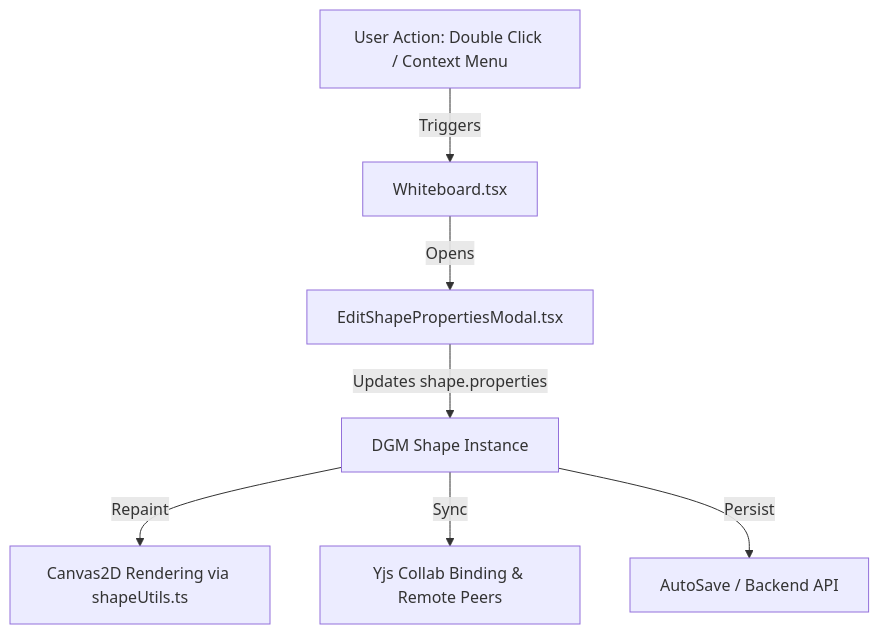
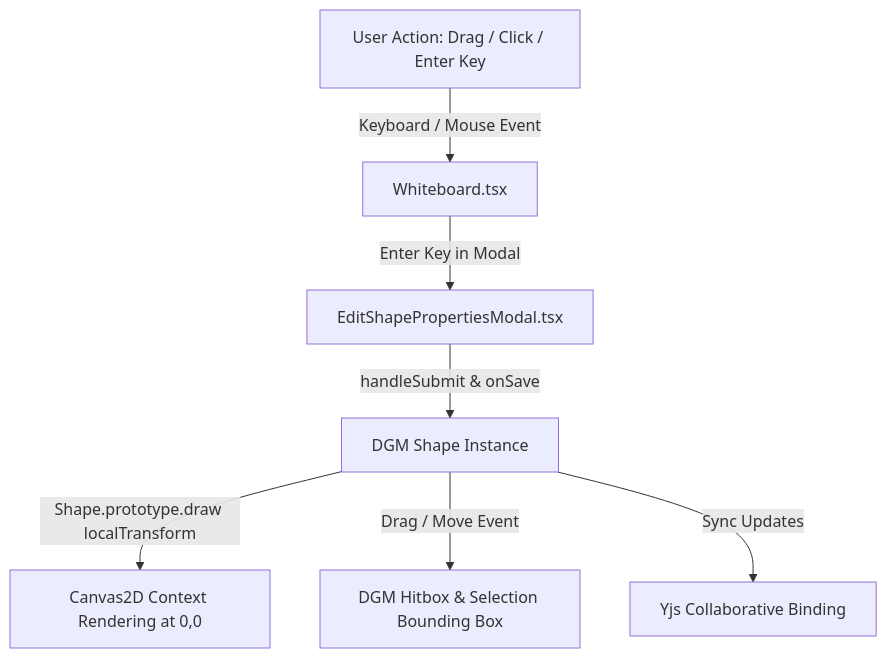
Before and after one commit to florianschiller/floxboard: the diagram in .junie/plans/fix-scripted-shape-interaction-and-editing.md, drawn with Mermaid. The commit also changed other lines of this file and 21 other files, not shown here.

````diff
--- a/.junie/plans/fix-scripted-shape-interaction-and-editing.md
+++ b/.junie/plans/fix-scripted-shape-interaction-and-editing.md
@@ -73,9 +68,9 @@
 ```mermaid
 graph TD
-  User[User Action: Double Click / Context Menu] -->|Triggers| Whiteboard[Whiteboard.tsx]
-  Whiteboard -->|Opens| PropModal[EditShapePropertiesModal.tsx]
-  PropModal -->|Updates shape.properties| DGM[DGM Shape Instance]
-  DGM -->|Repaint| Canvas[Canvas2D Rendering via shapeUtils.ts]
-  DGM -->|Sync| Yjs[Yjs Collab Binding & Remote Peers]
-  DGM -->|Persist| Storage[AutoSave / Backend API]
+  User[User Action: Drag / Click / Enter Key] -->|Keyboard / Mouse Event| Whiteboard[Whiteboard.tsx]
+  Whiteboard -->|Enter Key in Modal| PropModal[EditShapePropertiesModal.tsx]
+  PropModal -->|handleSubmit & onSave| DGM[DGM Shape Instance]
+  DGM -->|Shape.prototype.draw localTransform| Canvas[Canvas2D Context Rendering at 0,0]
+  DGM -->|Drag / Move Event| Hitbox[DGM Hitbox & Selection Bounding Box]
+  DGM -->|Sync Updates| Yjs[Yjs Collaborative Binding]
 ```
````
